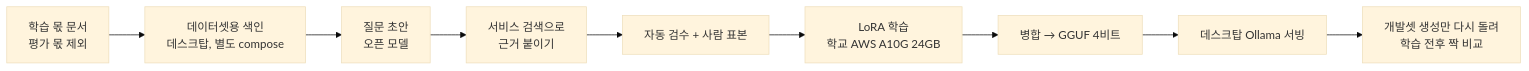
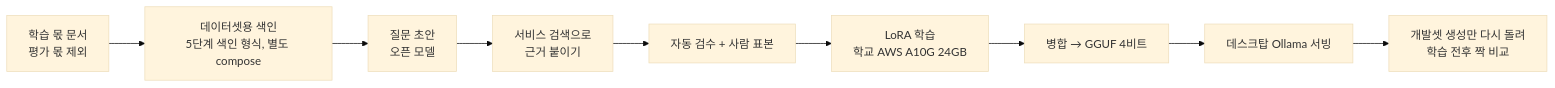
Before and after one commit to QyongGin/DocuMind: the second of 3 diagrams in docs/rag/m2/A.X-기준-계획-20261017.md, drawn with Mermaid (base theme). The commit also changed other lines of this file and 4 other files, not shown here.

````diff
--- a/docs/rag/m2/A.X-기준-계획-20261017.md
+++ b/docs/rag/m2/A.X-기준-계획-20261017.md
@@ -71,11 +76,11 @@
 ```mermaid
 flowchart LR
-    D[학습 몫 문서<br/>평가 몫 제외] --> I[데이터셋용 색인<br/>데스크탑, 별도 compose]
+    D[학습 몫 문서<br/>평가 몫 제외] --> I[데이터셋용 색인<br/>5단계 색인 형식, 별도 compose]
     I --> Qg[질문 초안<br/>오픈 모델]
     Qg --> E[서비스 검색으로<br/>근거 붙이기]
     E --> C[자동 검수 + 사람 표본]
     C --> T[LoRA 학습<br/>학교 AWS A10G 24GB]
     T --> M[병합 → GGUF 4비트]
     M --> S[데스크탑 Ollama 서빙]
     S --> X[개발셋 생성만 다시 돌려<br/>학습 전후 짝 비교]
 ```
````
